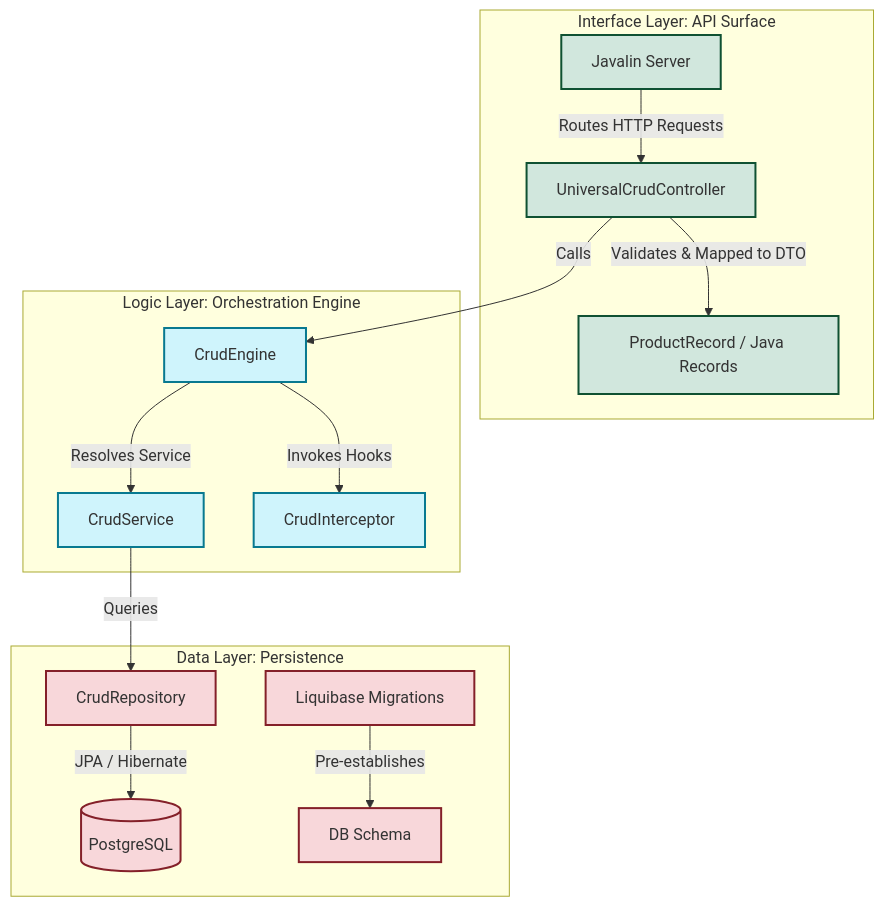
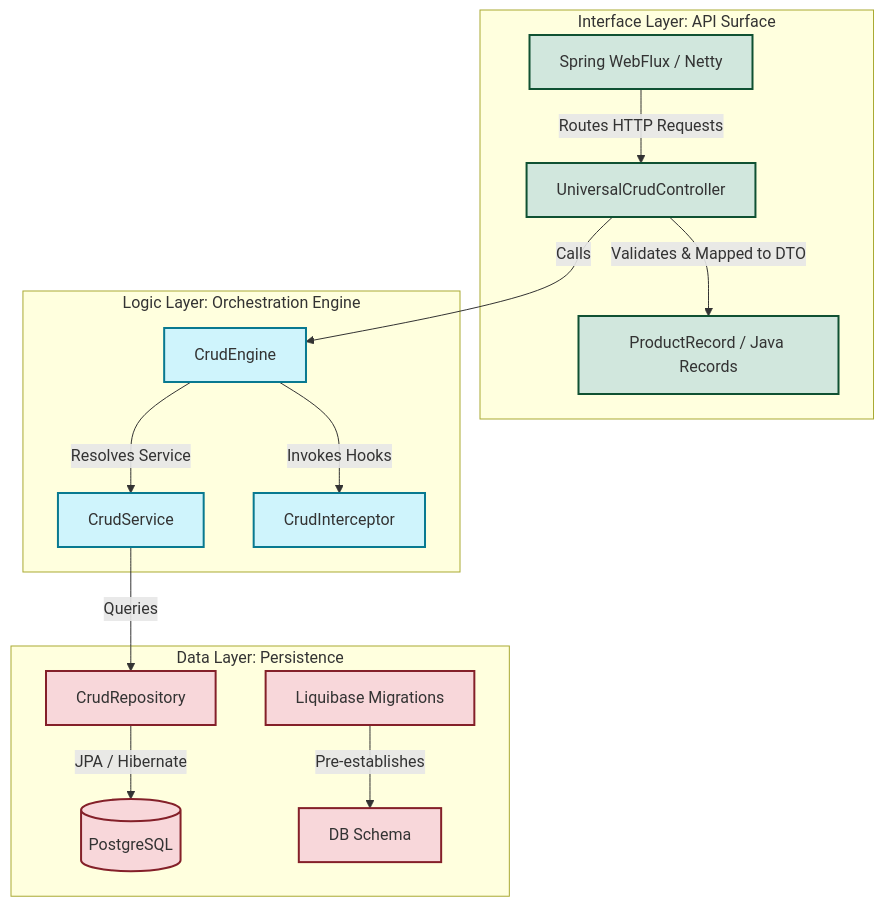
Before and after one commit to 7-3-N-3-7/CRUD-Engine-API: the diagram in README.md, drawn with Mermaid. The commit also changed other lines of this file and 22 other files, not shown here.

````diff
--- a/README.md
+++ b/README.md
@@ -25,26 +25,26 @@
 ```mermaid
 graph TD
     subgraph Interface Layer [Interface Layer: API Surface]
-        Javalin[Javalin Server] -->|Routes HTTP Requests| Controller[UniversalCrudController]
+        WebFlux[Spring WebFlux / Netty] -->|Routes HTTP Requests| Controller[UniversalCrudController]
         Controller -->|Validates & Mapped to DTO| DTO[ProductRecord / Java Records]
     end
 
     subgraph Logic Layer [Logic Layer: Orchestration Engine]
         Controller -->|Calls| CrudEngine[CrudEngine]
         CrudEngine -->|Resolves Service| Service[CrudService]
         CrudEngine -->|Invokes Hooks| Interceptor[CrudInterceptor]
     end
 
     subgraph Data Layer [Data Layer: Persistence]
         Service -->|Queries| Repository[CrudRepository]
         Repository -->|JPA / Hibernate| DB[(PostgreSQL)]
         Liquibase[Liquibase Migrations] -->|Pre-establishes| Schema[DB Schema]
     end
 
     classDef interface fill:#d1e7dd,stroke:#0f5132,stroke-width:2px;
     classDef logic fill:#cff4fc,stroke:#087990,stroke-width:2px;
     classDef data fill:#f8d7da,stroke:#842029,stroke-width:2px;
-    class Javalin,Controller,DTO interface;
+    class WebFlux,Controller,DTO interface;
     class CrudEngine,Service,Interceptor logic;
     class Repository,DB,Liquibase,Schema data;
 ```
````
